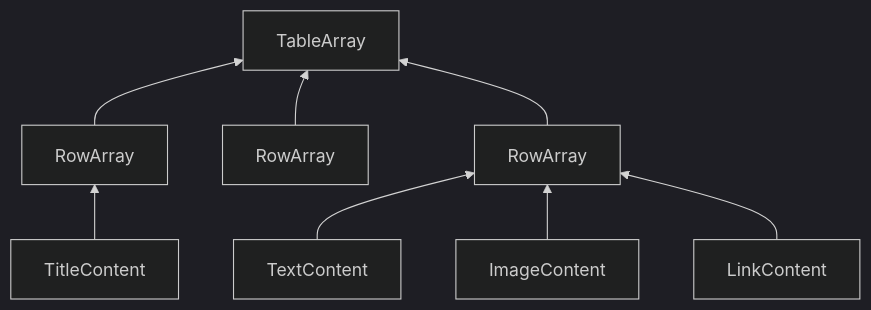
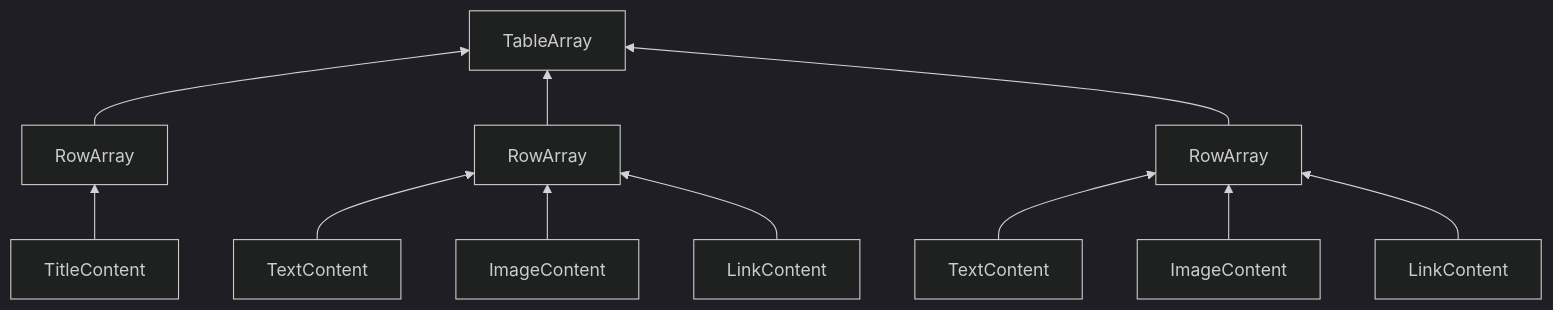
Before and after one commit to lcov29/markdown-table-generator: the third of 3 diagrams in documentation/documentation.md, drawn with Mermaid (dark theme). The commit also changed other lines of this file, not shown here.

````diff
--- a/documentation/documentation.md
+++ b/documentation/documentation.md
@@ -114,10 +122,13 @@
 ```mermaid
 flowchart BT
     a[RowArray] --> z[TableArray]
     b[RowArray] --> z[TableArray]
     c[RowArray] --> z[TableArray]
     d[TitleContent] --> a
-    e[TextContent] --> c
-    f[ImageContent] --> c
-    g[LinkContent] --> c
+    e[TextContent] --> b
+    f[ImageContent] --> b
+    g[LinkContent] --> b
+    h[TextContent] --> c
+    i[ImageContent] --> c
+    j[LinkContent] --> c
 ```
````
